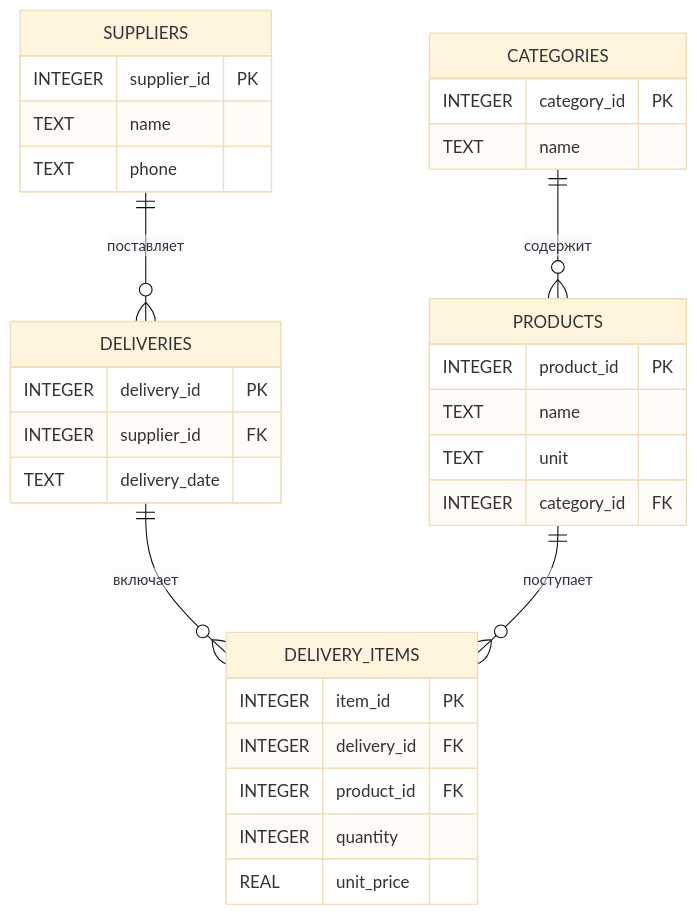
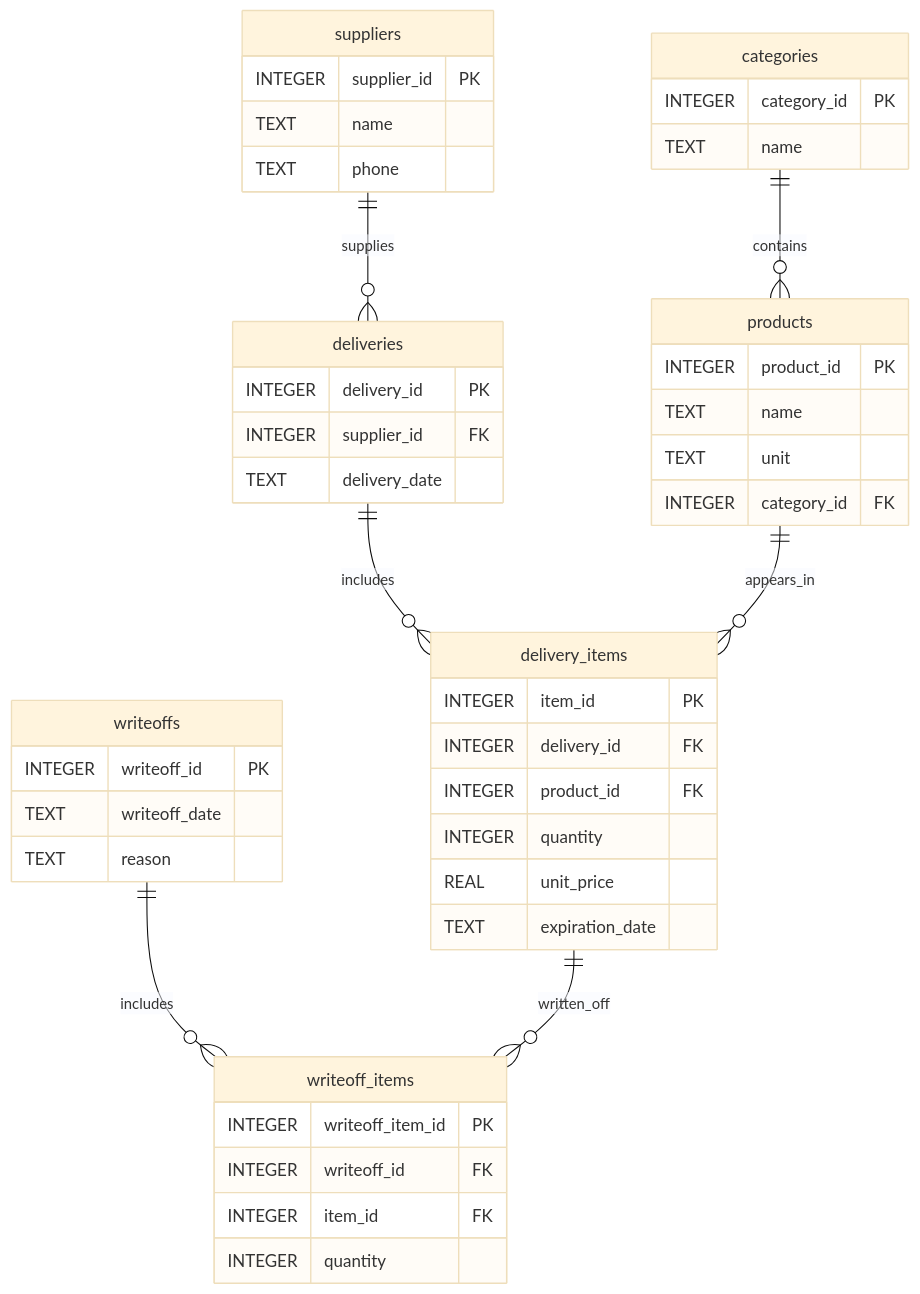
Before and after one commit to matveymastrykov/product-warehouse: the diagram in README.md, drawn with Mermaid (base theme). The commit also changed 4 other files, not shown here.

````diff
--- a/README.md
+++ b/README.md
@@ -59,39 +59,55 @@
 ```mermaid
 erDiagram
-    CATEGORIES ||--o{ PRODUCTS : "содержит"
-    SUPPLIERS ||--o{ DELIVERIES : "поставляет"
-    DELIVERIES ||--o{ DELIVERY_ITEMS : "включает"
-    PRODUCTS ||--o{ DELIVERY_ITEMS : "поступает"
-
-    CATEGORIES {
+    categories {
         INTEGER category_id PK
         TEXT name
     }
 
-    SUPPLIERS {
+    suppliers {
         INTEGER supplier_id PK
         TEXT name
         TEXT phone
     }
 
-    PRODUCTS {
+    products {
         INTEGER product_id PK
         TEXT name
         TEXT unit
         INTEGER category_id FK
     }
 
-    DELIVERIES {
+    deliveries {
         INTEGER delivery_id PK
         INTEGER supplier_id FK
         TEXT delivery_date
     }
 
-    DELIVERY_ITEMS {
+    delivery_items {
         INTEGER item_id PK
         INTEGER delivery_id FK
         INTEGER product_id FK
         INTEGER quantity
         REAL unit_price
+        TEXT expiration_date
     }
+
+    writeoffs {
+        INTEGER writeoff_id PK
+        TEXT writeoff_date
+        TEXT reason
+    }
+
+    writeoff_items {
+        INTEGER writeoff_item_id PK
+        INTEGER writeoff_id FK
+        INTEGER item_id FK
+        INTEGER quantity
+    }
+
+    categories ||--o{ products : contains
+    suppliers ||--o{ deliveries : supplies
+    deliveries ||--o{ delivery_items : includes
+    products ||--o{ delivery_items : appears_in
+    writeoffs ||--o{ writeoff_items : includes
+    delivery_items ||--o{ writeoff_items : written_off
 ```
````
